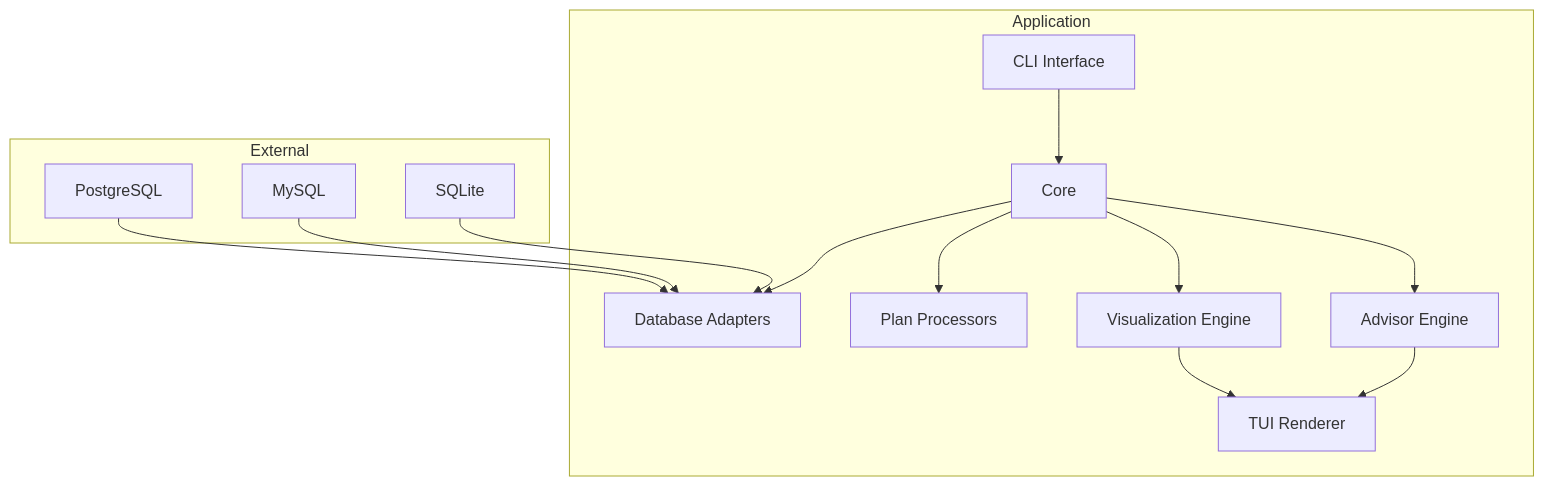
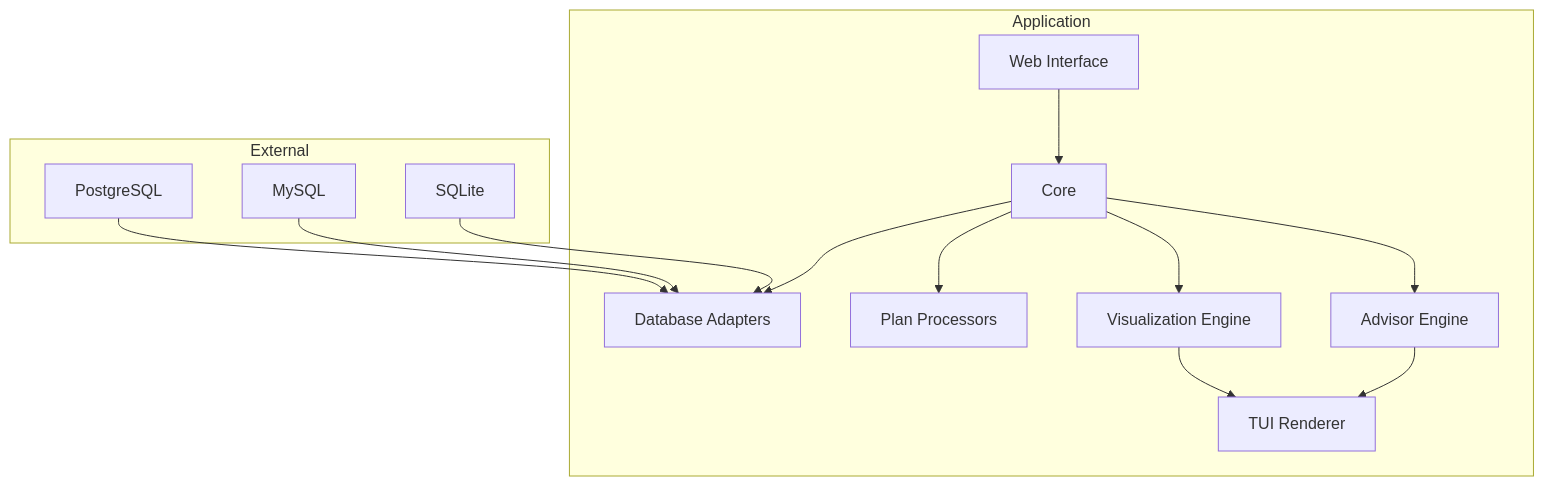
One commit to kumarlokesh/sqltrace changed the diagram in docs/ARCHITECTURE.md. Above: the diagram before and after it, drawn with Mermaid. The commit also changed other lines of this file and 23 other files, not shown here.

````diff
--- a/docs/ARCHITECTURE.md
+++ b/docs/ARCHITECTURE.md
@@ -14,18 +14,18 @@
 ```mermaid
 graph TD
     subgraph Application
-        A[CLI Interface] --> B[Core]
+        A[Web Interface] --> B[Core]
         B --> C[Database Adapters]
         B --> D[Plan Processors]
         B --> E[Visualization Engine]
         B --> F[Advisor Engine]
         E --> G[TUI Renderer]
         F --> G
     end
     
     subgraph External
         H[PostgreSQL] --> C
         I[MySQL] --> C
         J[SQLite] --> C
     end
 ```
````
